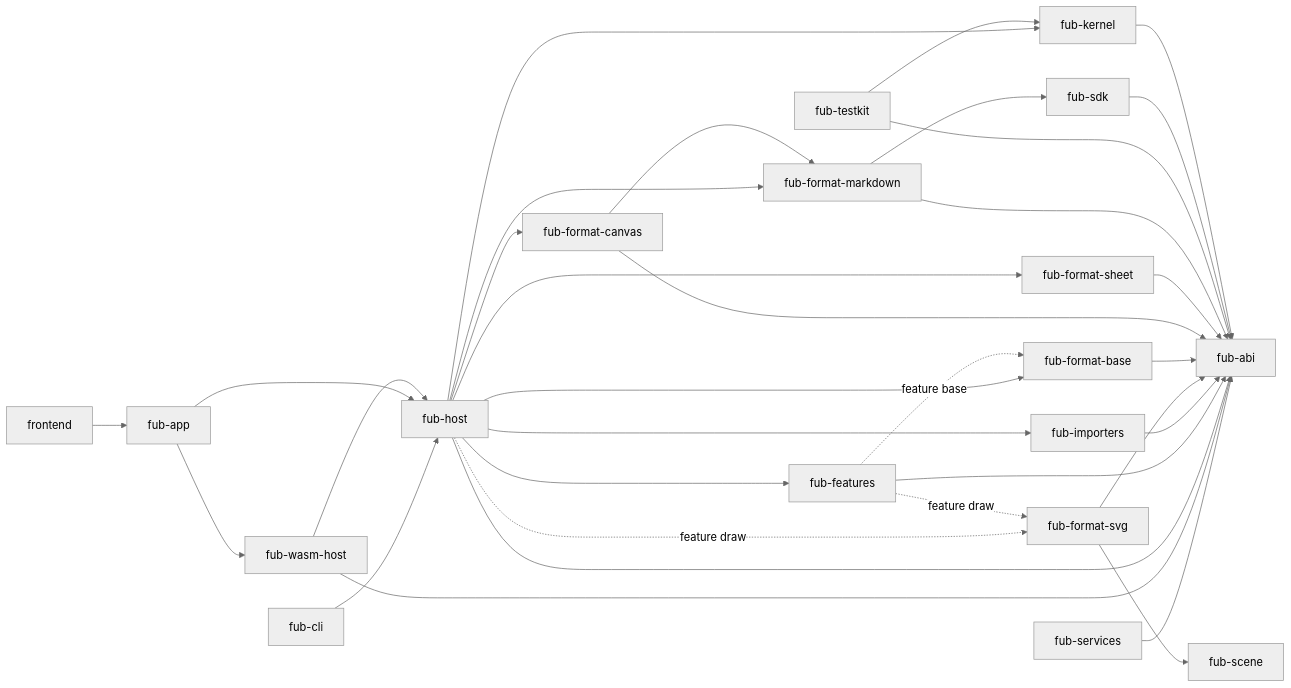
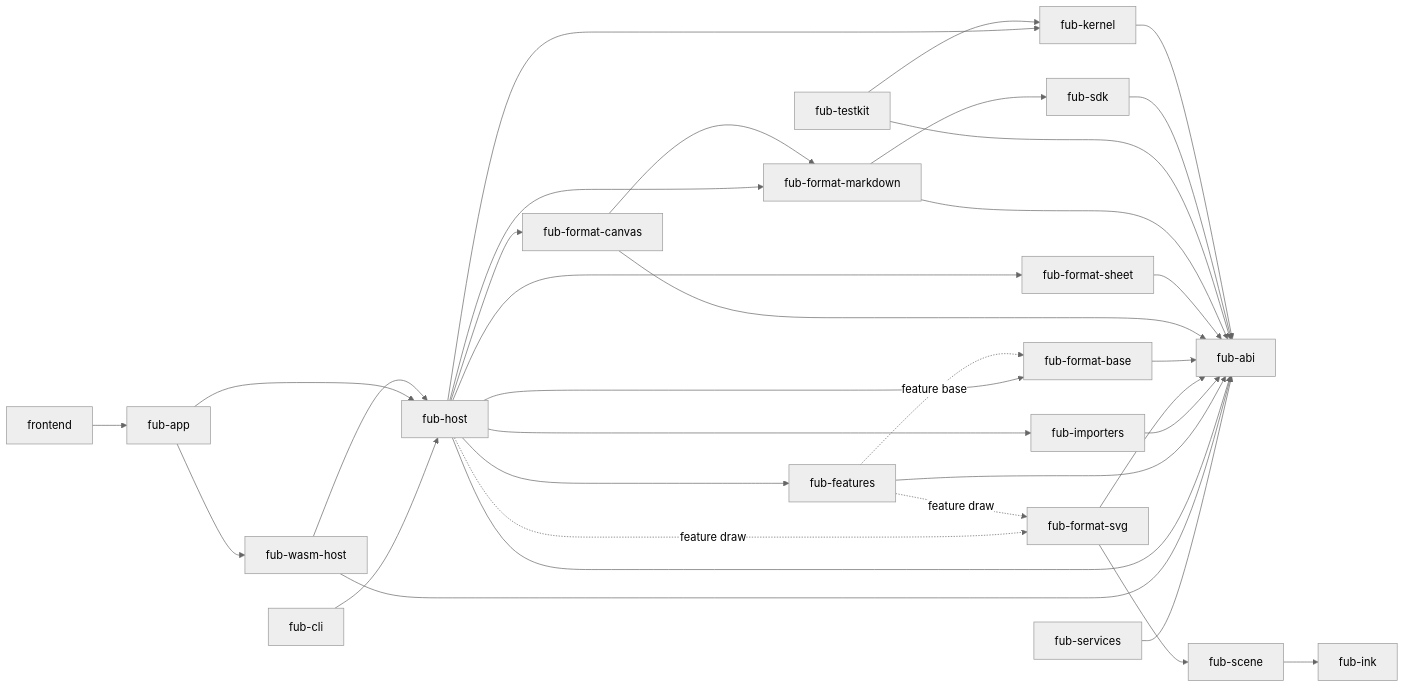
Before and after one commit to Fubeo/Fub: the diagram in docs/architecture/components-and-boundaries.md, drawn with Mermaid (neutral theme). The commit also changed other lines of this file and 21 other files, not shown here.

````diff
--- a/docs/architecture/components-and-boundaries.md
+++ b/docs/architecture/components-and-boundaries.md
@@ -9,37 +9,38 @@
 ```mermaid
 flowchart LR
     ABI["fub-abi"]
     KERNEL["fub-kernel"] --> ABI
     SDK["fub-sdk"] --> ABI
     TESTKIT["fub-testkit"] --> KERNEL
     TESTKIT --> ABI
     MARKDOWN["fub-format-markdown"] --> ABI
     MARKDOWN --> SDK
     SHEET["fub-format-sheet"] --> ABI
     CANVAS["fub-format-canvas"] --> ABI
     CANVAS --> MARKDOWN
     BASE["fub-format-base"] --> ABI
-    SCENE["fub-scene"]
+    INK["fub-ink"]
+    SCENE["fub-scene"] --> INK
     SVG["fub-format-svg"] --> ABI
     SVG --> SCENE
     IMPORTERS["fub-importers"] --> ABI
     FEATURES["fub-features"] --> ABI
     FEATURES -. "feature base" .-> BASE
     FEATURES -. "feature draw" .-> SVG
     HOST["fub-host"] --> KERNEL
     HOST --> ABI
     HOST --> FEATURES
     HOST --> MARKDOWN
     HOST --> SHEET
     HOST --> CANVAS
     HOST --> BASE
     HOST -. "feature draw" .-> SVG
     HOST --> IMPORTERS
     WASM["fub-wasm-host"] --> ABI
     WASM --> HOST
     APP["fub-app"] --> HOST
     APP --> WASM
     CLI["fub-cli"] --> HOST
     SERVICES["fub-services"] --> ABI
     FRONTEND["frontend"] --> APP
 ```
````
